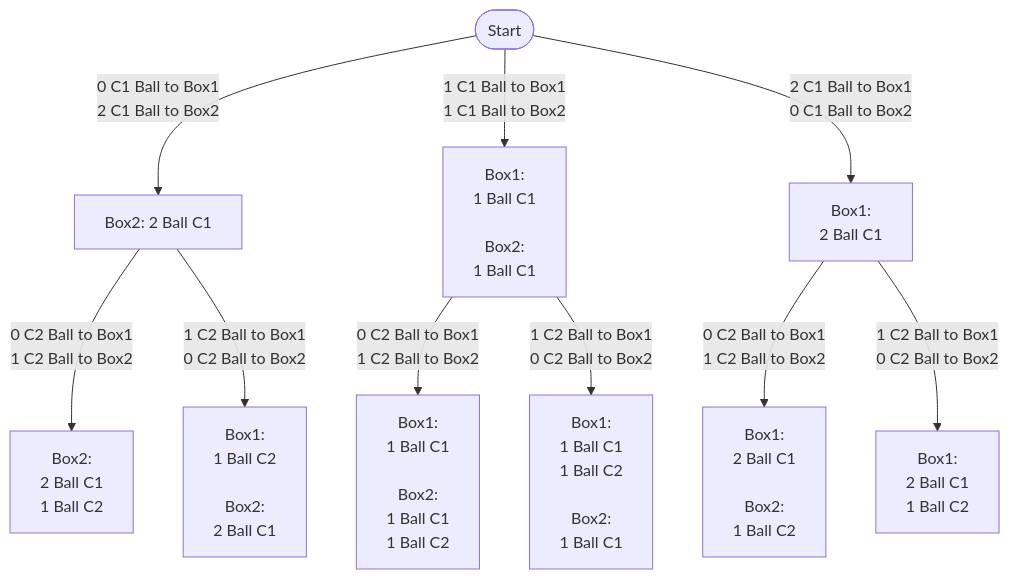
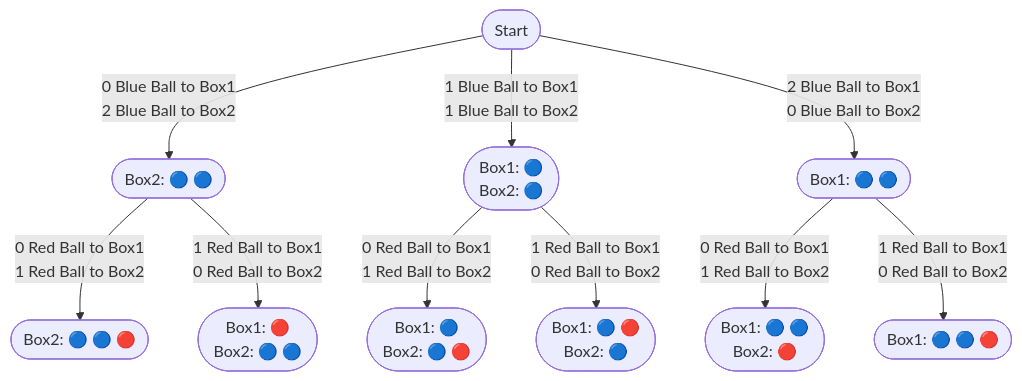
The second of 2 diagrams in docs/backtracking/partition-array-into-k-subarrays.mdx (vchoudhari45/codingcargo-2.0), drawn with Mermaid before and after one commit. The commit also changed other lines of this file, not shown here.

Commit message:
Fixing diagram

````diff
--- a/docs/backtracking/partition-array-into-k-subarrays.mdx
+++ b/docs/backtracking/partition-array-into-k-subarrays.mdx
@@ -199,15 +199,15 @@
 ```mermaid
 graph TD
-    A([Start]) --> |0 C1 Ball to Box1 <br /> 2 C1 Ball to Box2| B[Box2: 2 Ball C1]
-    A --> |1 C1 Ball to Box1<br>1 C1 Ball to Box2| C[Box1: <br /> 1 Ball C1 <br /><br /> Box2: <br /> 1 Ball C1]
-    A --> |2 C1 Ball to Box1<br>0 C1 Ball to Box2| D[Box1: <br /> 2 Ball C1]
+    A([Start]) --> |0 Blue Ball to Box1 <br /> 2 Blue Ball to Box2| B([Box2: 🔵 🔵])
+    A --> |1 Blue Ball to Box1<br>1 Blue Ball to Box2| C([Box1: 🔵 <br /> Box2: 🔵])
+    A --> |2 Blue Ball to Box1<br>0 Blue Ball to Box2| D([Box1: 🔵 🔵])
 
-		B --> |0 C2 Ball to Box1<br>1 C2 Ball to Box2| E[Box2: <br /> 2 Ball C1 <br /> 1 Ball C2]
-		B --> |1 C2 Ball to Box1<br>0 C2 Ball to Box2| F[Box1: <br /> 1 Ball C2 <br /><br /> Box2: <br /> 2 Ball C1]
-		
-    C --> |0 C2 Ball to Box1<br>1 C2 Ball to Box2| G[Box1: <br /> 1 Ball C1 <br /><br /> Box2: <br /> 1 Ball C1 <br /> 1 Ball C2]
-    C --> |1 C2 Ball to Box1<br>0 C2 Ball to Box2| H[Box1: <br /> 1 Ball C1 <br /> 1 Ball C2 <br /><br /> Box2: <br /> 1 Ball C1]
+    B --> |0 Red Ball to Box1<br>1 Red Ball to Box2| E([Box2: 🔵 🔵 🔴])
+    B --> |1 Red Ball to Box1<br>0 Red Ball to Box2| F([Box1: 🔴 <br /> Box2: 🔵 🔵])
+    
+    C --> |0 Red Ball to Box1<br>1 Red Ball to Box2| G([Box1: 🔵 <br /> Box2: 🔵 🔴])
+    C --> |1 Red Ball to Box1<br>0 Red Ball to Box2| H([Box1: 🔵 🔴 <br /> Box2: 🔵])
 
-		D --> |0 C2 Ball to Box1<br>1 C2 Ball to Box2| I[Box1: <br /> 2 Ball C1 <br /> <br /> Box2: <br /> 1 Ball C2]
-		D --> |1 C2 Ball to Box1<br>0 C2 Ball to Box2| J[Box1: <br /> 2 Ball C1 <br /> 1 Ball C2]
+    D --> |0 Red Ball to Box1<br>1 Red Ball to Box2| I([Box1: 🔵 🔵 <br /> Box2: 🔴])
+    D --> |1 Red Ball to Box1<br>0 Red Ball to Box2| J([Box1: 🔵 🔵 🔴])
 ``` 
````
